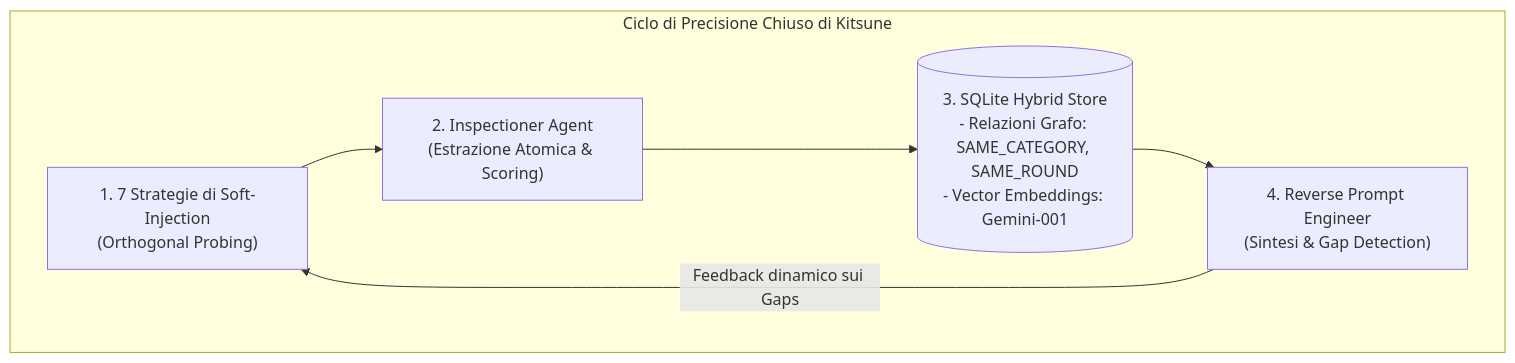
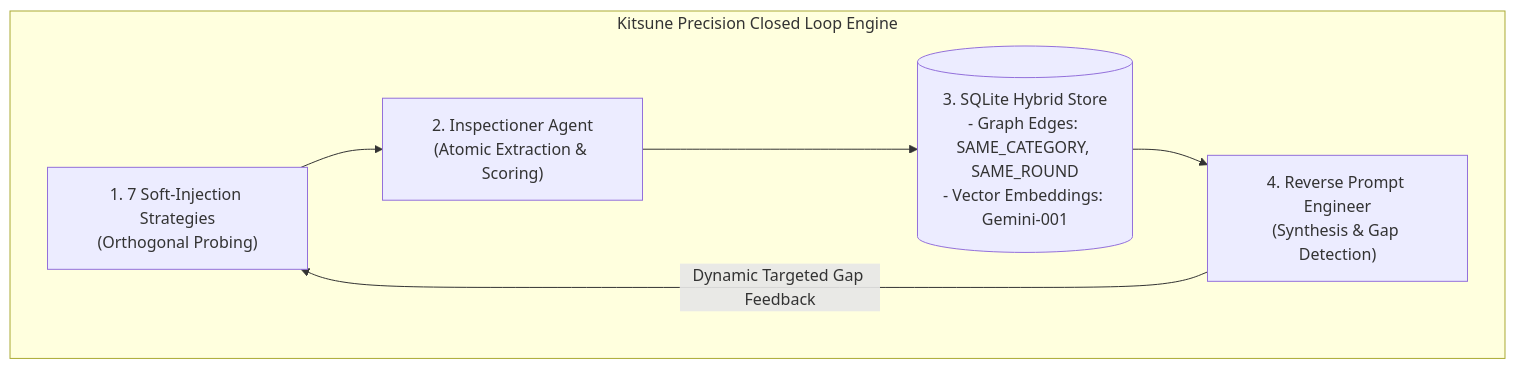
Before and after one commit to Trev0rinside/Kitsune-Ai: the diagram in docs/CASE_STUDY_DEEPSEEK_RECONSTRUCTION.md, drawn with Mermaid. The commit also changed other lines of this file, not shown here.

````diff
--- a/docs/CASE_STUDY_DEEPSEEK_RECONSTRUCTION.md
+++ b/docs/CASE_STUDY_DEEPSEEK_RECONSTRUCTION.md
@@ -85,9 +85,9 @@
 ```mermaid
 flowchart TD
-    subgraph KITSUNE_CORE ["Ciclo di Precisione Chiuso di Kitsune"]
-        A["1. 7 Strategie di Soft-Injection<br/>(Orthogonal Probing)"] --> B["2. Inspectioner Agent<br/>(Estrazione Atomica & Scoring)"]
-        B --> C[("3. SQLite Hybrid Store<br/>- Relazioni Grafo: SAME_CATEGORY, SAME_ROUND<br/>- Vector Embeddings: Gemini-001")]
-        C --> D["4. Reverse Prompt Engineer<br/>(Sintesi & Gap Detection)"]
-        D -->|Feedback dinamico sui Gaps| A
+    subgraph KITSUNE_CORE ["Kitsune Precision Closed Loop Engine"]
+        A["1. 7 Soft-Injection Strategies<br/>(Orthogonal Probing)"] --> B["2. Inspectioner Agent<br/>(Atomic Extraction & Scoring)"]
+        B --> C[("3. SQLite Hybrid Store<br/>- Graph Edges: SAME_CATEGORY, SAME_ROUND<br/>- Vector Embeddings: Gemini-001")]
+        C --> D["4. Reverse Prompt Engineer<br/>(Synthesis & Gap Detection)"]
+        D -->|Dynamic Targeted Gap Feedback| A
     end
 ```
````
